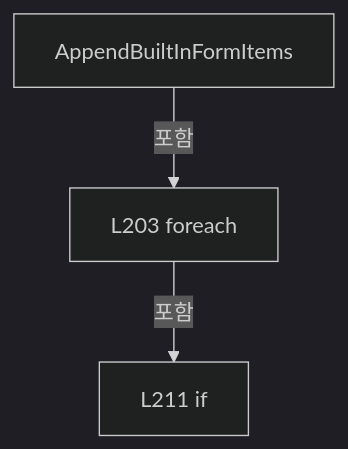
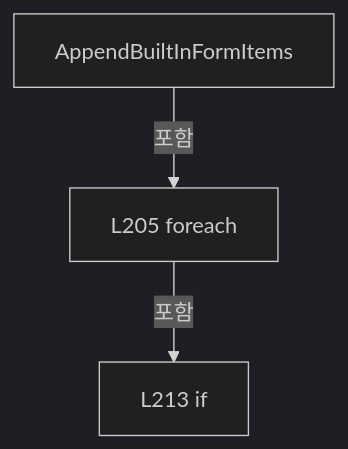
One commit to kjuws10-rgb/Shared changed the third of 17 diagrams in A3 LD Code Ref/files/Drilling.File/JHMI/CSettingFile.cs.md. Above: the diagram before and after it, drawn with Mermaid (dark theme). The commit also changed other lines of this file and 2071 other files, not shown here.

Commit message:
docs(a3): update 11.19.0 architecture and code reference

````diff
--- a/A3 LD Code Ref/files/Drilling.File/JHMI/CSettingFile.cs.md
+++ b/A3 LD Code Ref/files/Drilling.File/JHMI/CSettingFile.cs.md
@@ -998,8 +998,8 @@
 ```mermaid
 flowchart TD
  M["AppendBuiltInFormItems"]
- N0["L203 foreach"]
+ N0["L205 foreach"]
  M -->|포함| N0
- N1["L211 if"]
+ N1["L213 if"]
  N0 -->|포함| N1
 ```
````
